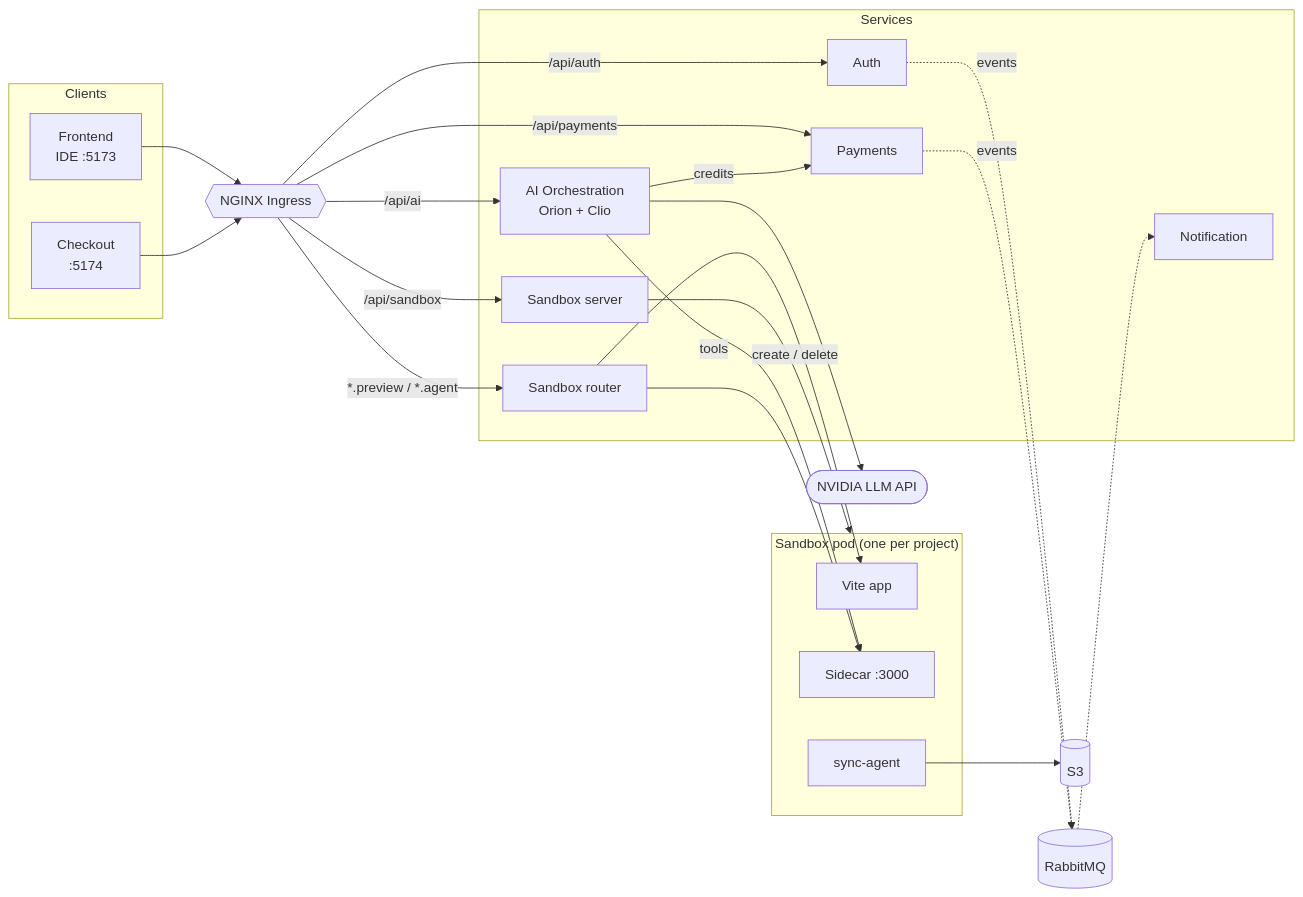
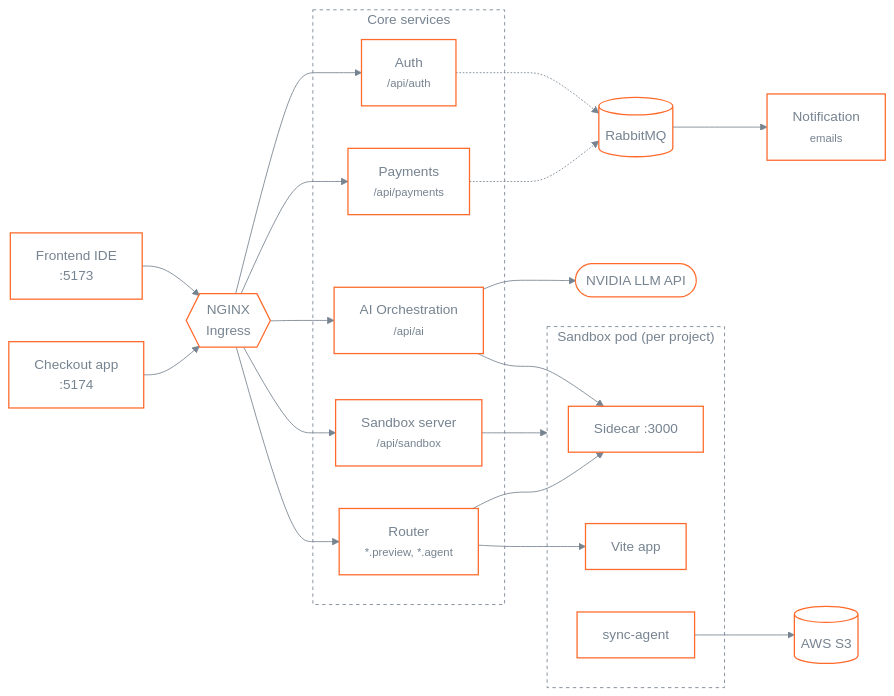
Before and after one commit to Sahil-coder-30/Capstone: the diagram in Readme.md, drawn with Mermaid. The commit also changed other lines of this file and 1 other file, not shown here.

Commit message:
docs: redraw README diagrams with transparent styling
The first version of the architecture diagram was committed without a render check. Once rendered, its lines crossed and the default theme filled boxes and subgraphs with white and yellow.

- README: new left-to-right flowchart with no crossing lines. All fills are transparent, node borders use the brand orange and text uses one grey that reads on GitHub light and dark.
- Edge labels were removed because their background box would not go transparent. A table under the diagram explains each link, including the AI to Payments credit check.
- docs/ARCHITECTURE.md: same transparent styling for the sandbox sequence diagram.
- Removed the horizontal rules. Each H2 already draws its own underline, so the rules doubled up.

Tested: every link checked against git ls-files. Both files were rendered through the GitHub Markdown API with Mermaid 11 and checked in light and dark themes.

````diff
--- a/Readme.md
+++ b/Readme.md
@@ -58,43 +52,39 @@
 ```mermaid
+%%{init: {"theme": "base", "themeVariables": {"background": "transparent", "primaryColor": "transparent", "secondaryColor": "transparent", "tertiaryColor": "transparent", "mainBkg": "transparent", "clusterBkg": "transparent", "clusterBorder": "#768390", "edgeLabelBackground": "transparent", "primaryBorderColor": "#FF6A2B", "lineColor": "#768390", "primaryTextColor": "#768390", "textColor": "#768390", "titleColor": "#768390"}}}%%
 flowchart LR
-    subgraph Clients
-        FE["Frontend<br/>IDE :5173"]
-        PF["Checkout<br/>:5174"]
+    FE["Frontend IDE<br/>:5173"] --> ING
+    PF["Checkout app<br/>:5174"] --> ING
+    ING{{"NGINX<br/>Ingress"}}
+
+    subgraph Core["Core services"]
+        AUTH["Auth<br/><small>/api/auth</small>"]
+        PAY["Payments<br/><small>/api/payments</small>"]
+        AI["AI Orchestration<br/><small>/api/ai</small>"]
+        SBX["Sandbox server<br/><small>/api/sandbox</small>"]
+        RT["Router<br/><small>*.preview, *.agent</small>"]
     end
 
-    ING{{"NGINX Ingress"}}
+    ING --> AUTH & PAY & AI & SBX & RT
 
-    subgraph Services
-        AUTH["Auth"]
-        AI["AI Orchestration<br/>Orion + Clio"]
-        PAY["Payments"]
-        SBX["Sandbox server"]
-        RT["Sandbox router"]
-        NOTI["Notification"]
-    end
+    MQ[("RabbitMQ")] --> NOTI["Notification<br/><small>emails</small>"]
+    AUTH -.-> MQ
+    PAY -.-> MQ
 
-    subgraph Pod["Sandbox pod (one per project)"]
+    AI --> LLM(["NVIDIA LLM API"])
+
+    subgraph Pod["Sandbox pod (per project)"]
+        AGENT["Sidecar :3000"]
         VITE["Vite app"]
-        AGENT["Sidecar :3000"]
         SYNC["sync-agent"]
     end
 
-    MQ[("RabbitMQ")]
-    S3[("S3")]
-    LLM(["NVIDIA LLM API"])
+    AI --> AGENT
+    SBX --> Pod
+    RT --> AGENT
+    RT --> VITE
+    SYNC --> S3[("AWS S3")]
 
-    FE & PF --> ING
-    ING -->|/api/auth| AUTH
-    ING -->|/api/ai| AI
-    ING -->|/api/payments| PAY
-    ING -->|/api/sandbox| SBX
-    ING -->|*.preview / *.agent| RT
-
-    AI -->|tools| AGENT
-    AI -->|credits| PAY
-    AI --> LLM
-    SBX -->|create / delete| Pod
-    RT --> VITE & AGENT
-    SYNC --> S3
-    AUTH & PAY -.->|events| MQ -.-> NOTI
+    classDef default fill:transparent,stroke:#FF6A2B,stroke-width:1.5px,color:#768390
+    style Core fill:transparent,stroke:#768390,stroke-dasharray:4 4,color:#768390
+    style Pod fill:transparent,stroke:#768390,stroke-dasharray:4 4,color:#768390
 ```
````
